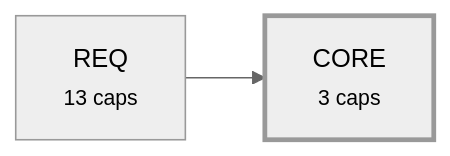
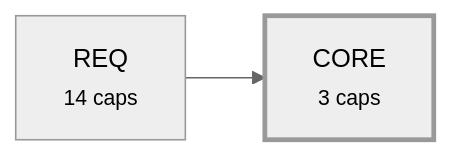
The third of 4 diagrams in plugin/requirements/_map.md (alxmax/Requirement-manager), drawn with Mermaid (neutral theme) before and after one commit. The commit also changed other lines of this file and 9 other files, not shown here.

````diff
--- a/plugin/requirements/_map.md
+++ b/plugin/requirements/_map.md
@@ -136,7 +142,7 @@
 ```mermaid
 graph LR
   a_CORE["CORE<br><small>3 caps</small>"]
-  a_REQ["REQ<br><small>13 caps</small>"]
+  a_REQ["REQ<br><small>14 caps</small>"]
   a_REQ --> a_CORE
   style a_CORE stroke-width:3px
 ```
````
